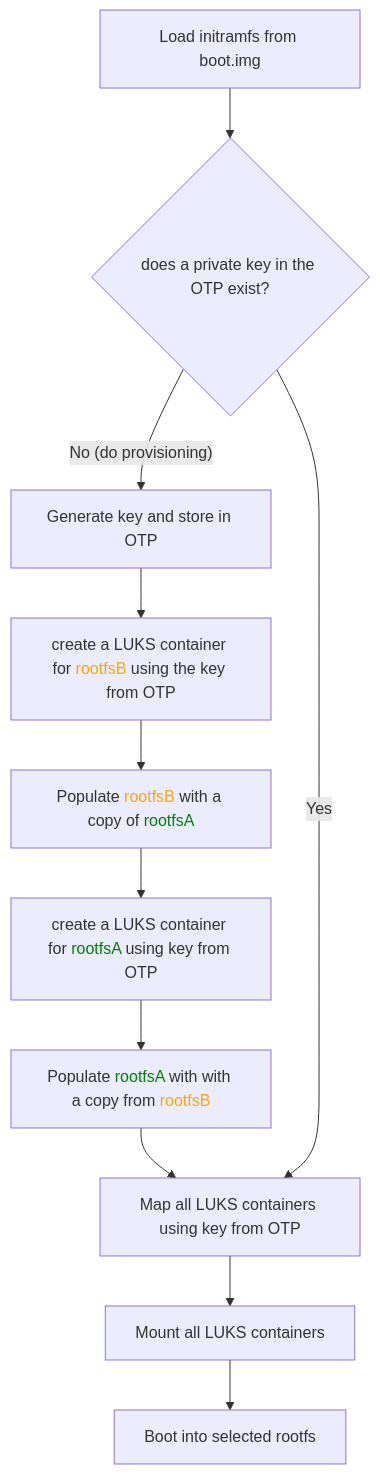
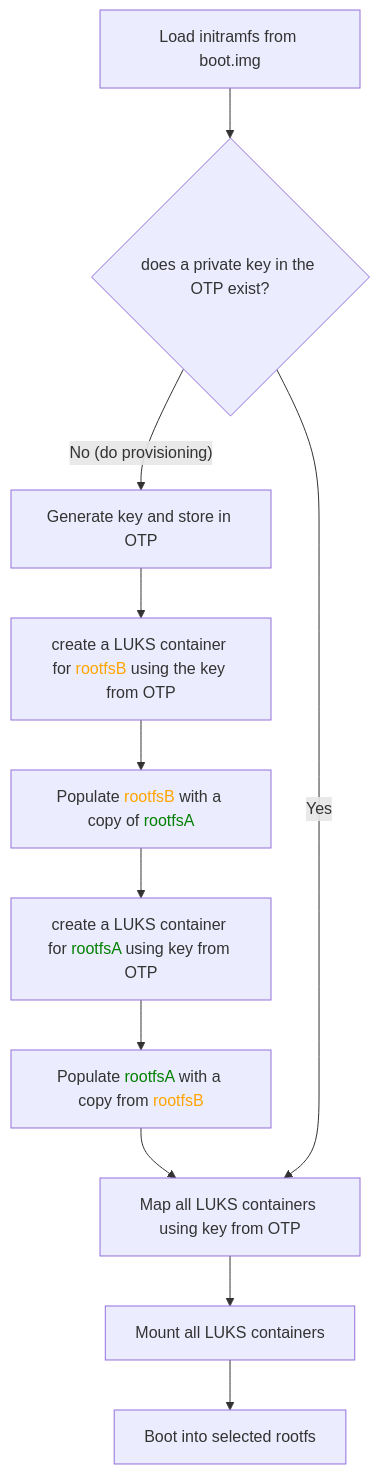
The diagram in _posts/2026-01-16-encryption-at-rest.md (bernedom/bernedom.github.io), drawn with Mermaid before and after one commit. The commit also changed other lines of this file and 4 other files, not shown here.

````diff
--- a/_posts/2026-01-16-encryption-at-rest.md
+++ b/_posts/2026-01-16-encryption-at-rest.md
@@ -146,16 +146,16 @@
 ```mermaid
 flowchart TD
     
     %% Boot chain
     INITRAM[Load initramfs from boot.img] --> KEYCHECK{"does a private key in the OTP exist?"}
     KEYCHECK -- No (do provisioning) --> GENKEY[Generate key and store in OTP]
     GENKEY --> ENCRYPTROOTFSB[create a LUKS container for <span style='color:orange'>rootfsB</span> using the key from OTP]
     ENCRYPTROOTFSB --> POPULATEB[Populate <span style='color:orange'>rootfsB</span> with a copy of <span style='color:green'>rootfsA</span>]
     POPULATEB --> ENCRYPTROOTFSA[create a LUKS container for <span style='color:green'>rootfsA</span> using key from OTP]
-    ENCRYPTROOTFSA --> POPULATEA[Populate <span style='color:green'>rootfsA</span> with with a copy from <span style='color:orange'>rootfsB</span>]
+    ENCRYPTROOTFSA --> POPULATEA[Populate <span style='color:green'>rootfsA</span> with a copy from <span style='color:orange'>rootfsB</span>]
     POPULATEA --> MAP[Map all LUKS containers using key from OTP]
     MAP --> MOUNT[Mount all LUKS containers]
     MOUNT --> BOOT[Boot into selected rootfs]
     KEYCHECK -- Yes --> MAP
     
 ```
````
